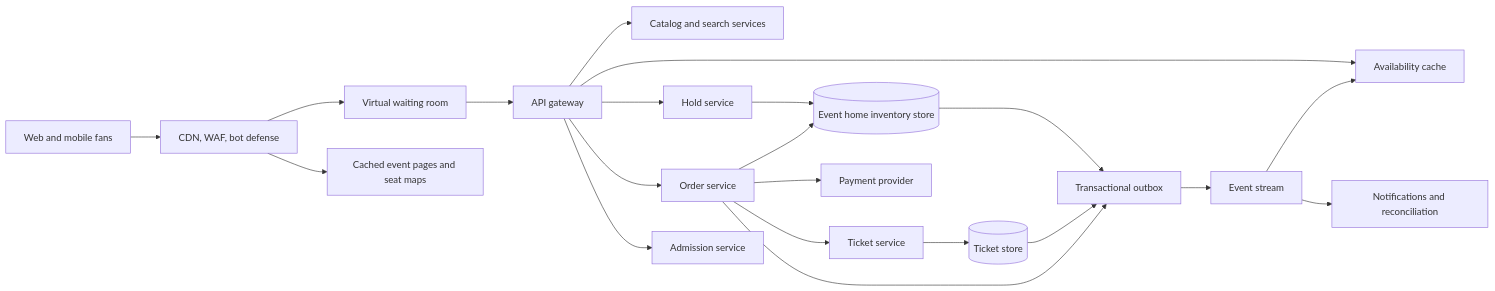
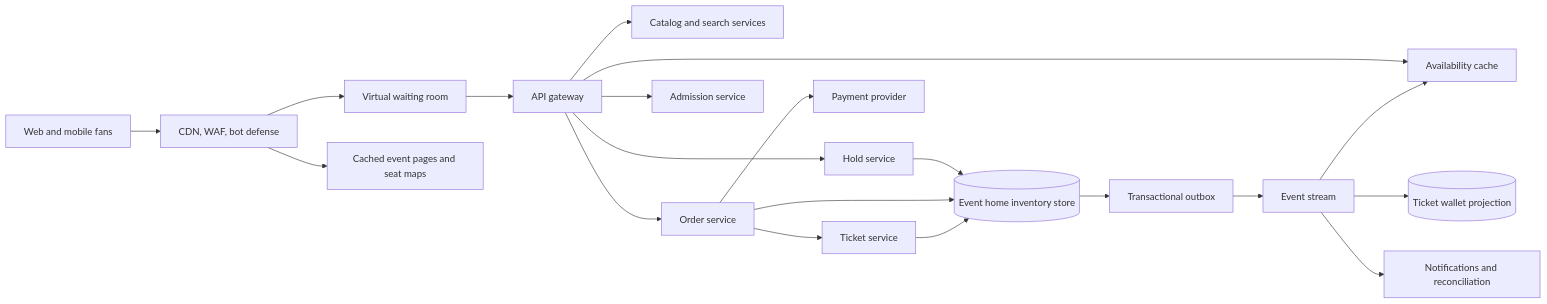
The second of 5 diagrams in ticketmaster-system-design.md (Pranshu258/system-design), drawn with Mermaid before and after one commit. The commit also changed other lines of this file and 23 other files, not shown here.

````diff
--- a/ticketmaster-system-design.md
+++ b/ticketmaster-system-design.md
@@ -132,23 +132,22 @@
 ```mermaid
 flowchart LR
     U["Web and mobile fans"] --> EDGE["CDN, WAF, bot defense"]
     EDGE --> WAIT["Virtual waiting room"]
     EDGE --> CACHED["Cached event pages and seat maps"]
     WAIT --> API["API gateway"]
     API --> CATALOG["Catalog and search services"]
     API --> AVAIL["Availability cache"]
     API --> HOLD["Hold service"]
     HOLD --> INVDB[("Event home inventory store")]
     API --> ORDER["Order service"]
     ORDER --> INVDB
     ORDER --> PAY["Payment provider"]
     ORDER --> TICKET["Ticket service"]
-    TICKET --> TICKETDB[("Ticket store")]
+    TICKET --> INVDB
     INVDB --> OUTBOX["Transactional outbox"]
-    ORDER --> OUTBOX
-    TICKETDB --> OUTBOX
     OUTBOX --> BUS["Event stream"]
+    BUS --> TICKETDB[("Ticket wallet projection")]
     BUS --> AVAIL
     BUS --> NOTIFY["Notifications and reconciliation"]
     API --> SCAN["Admission service"]
 ```
````
